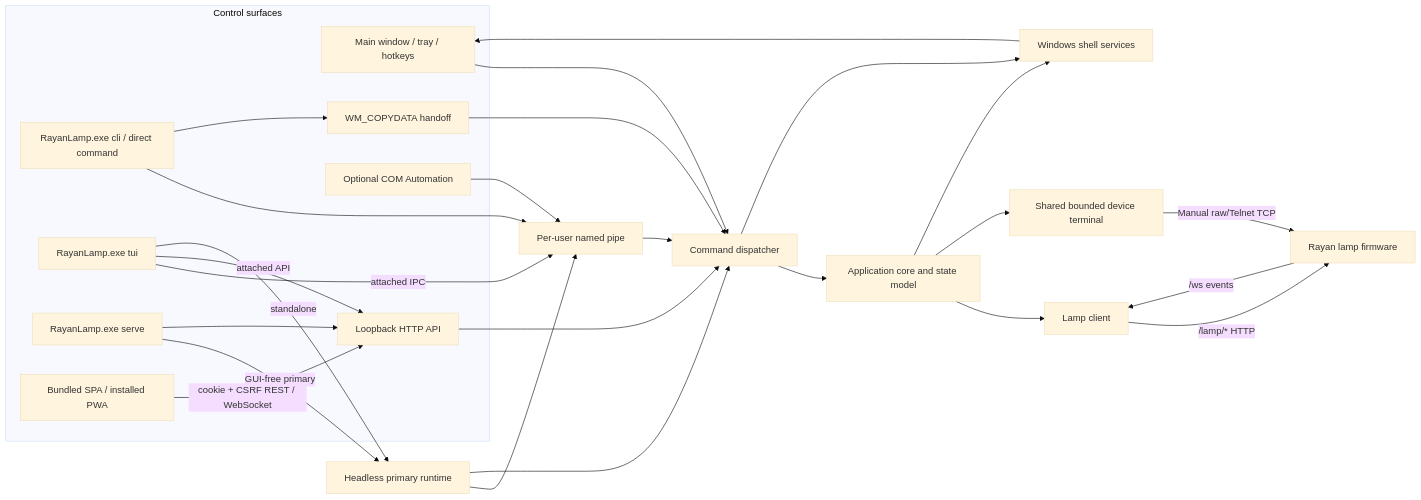
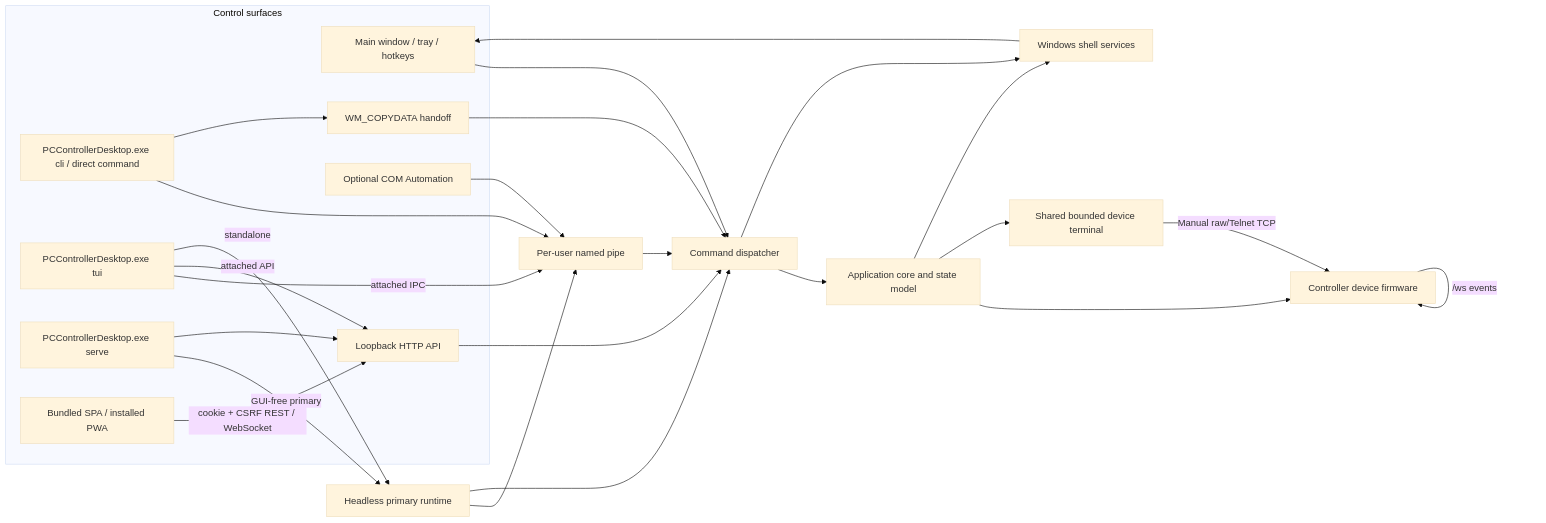
The diagram in Tools/NativeDesktop/docs/architecture.md (atomicdeploy/PCController), drawn with Mermaid (base theme) before and after one commit. The commit also changed other lines of this file and 472 other files, not shown here.

Commit message:
refactor(desktop): finish PCController identity adaptation

````diff
--- a/Tools/NativeDesktop/docs/architecture.md
+++ b/Tools/NativeDesktop/docs/architecture.md
@@ -11,45 +11,45 @@
 ```mermaid
 flowchart LR
     subgraph Inputs["Control surfaces"]
         UI["Main window / tray / hotkeys"]
-        CLI["RayanLamp.exe cli / direct command"]
-        TUI["RayanLamp.exe tui"]
-        SERVE["RayanLamp.exe serve"]
+        CLI["PCControllerDesktop.exe cli / direct command"]
+        TUI["PCControllerDesktop.exe tui"]
+        SERVE["PCControllerDesktop.exe serve"]
         WEB["Bundled SPA / installed PWA"]
         HTTP["Loopback HTTP API"]
         COM["Optional COM Automation"]
         COPY["WM_COPYDATA handoff"]
     end
 
     PIPE["Per-user named pipe"]
     HEADLESS["Headless primary runtime"]
     DISPATCH["Command dispatcher"]
     CORE["Application core and state model"]
-    LAMP["Lamp client"]
+    DEVICE["Device client"]
     TERMINAL["Shared bounded device terminal"]
-    DEVICE["Rayan lamp firmware"]
+    DEVICE["Controller device firmware"]
     SHELL["Windows shell services"]
 
     UI --> DISPATCH
     CLI --> PIPE --> DISPATCH
     CLI --> COPY --> DISPATCH
     TUI -->|"attached IPC"| PIPE
     TUI -->|"attached API"| HTTP
     WEB -->|"cookie + CSRF REST / WebSocket"| HTTP
     TUI -->|"standalone"| HEADLESS
     SERVE -->|"GUI-free primary"| HEADLESS
     SERVE --> HTTP
     HEADLESS --> PIPE
     HEADLESS --> DISPATCH
     HTTP --> DISPATCH
     COM --> PIPE
     DISPATCH --> CORE
     DISPATCH --> SHELL
-    CORE --> LAMP
-    LAMP -->|"/lamp/* HTTP"| DEVICE
-    DEVICE -->|"/ws events"| LAMP
+    CORE --> DEVICE
+    DEVICE -->|"/device/* HTTP"| DEVICE
+    DEVICE -->|"/ws events"| DEVICE
     CORE --> TERMINAL
     TERMINAL -->|"Manual raw/Telnet TCP"| DEVICE
     CORE --> SHELL
     SHELL --> UI
 ```
````
